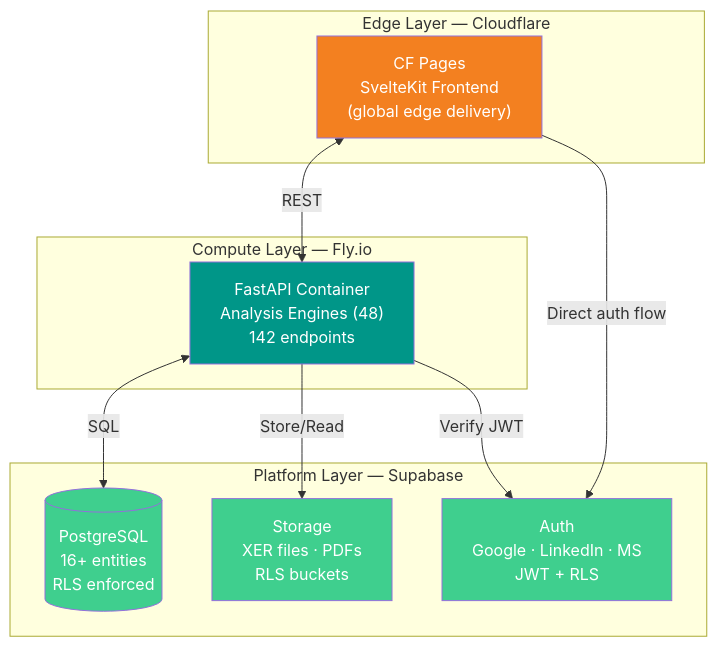
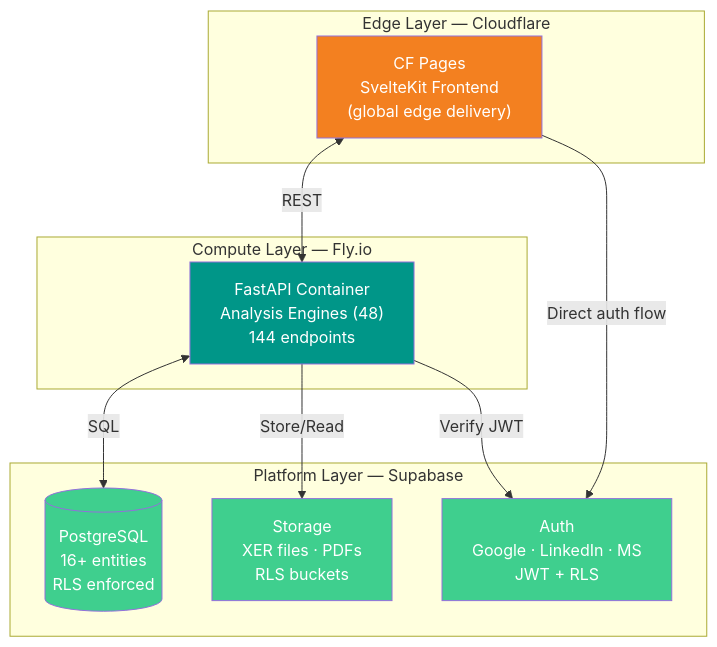
Before and after one commit to VitorMRodovalho/meridianiq: the first of 2 diagrams in README.md, drawn with Mermaid. The commit also changed other lines of this file and 13 other files, not shown here.

````diff
--- a/README.md
+++ b/README.md
@@ -116,28 +116,28 @@
 ```mermaid
 graph TB
     subgraph "Edge Layer — Cloudflare"
         CF_PAGES["CF Pages<br/>SvelteKit Frontend<br/>(global edge delivery)"]
     end
 
     subgraph "Compute Layer — Fly.io"
-        FASTAPI["FastAPI Container<br/>Analysis Engines (48)<br/>142 endpoints"]
+        FASTAPI["FastAPI Container<br/>Analysis Engines (48)<br/>144 endpoints"]
     end
 
     subgraph "Platform Layer — Supabase"
         AUTH["Auth<br/>Google · LinkedIn · MS<br/>JWT + RLS"]
         DB[("PostgreSQL<br/>16+ entities<br/>RLS enforced")]
         STORAGE["Storage<br/>XER files · PDFs<br/>RLS buckets"]
     end
 
     CF_PAGES <-->|"REST"| FASTAPI
     FASTAPI <-->|"SQL"| DB
     FASTAPI -->|"Store/Read"| STORAGE
     FASTAPI -->|"Verify JWT"| AUTH
     CF_PAGES -->|"Direct auth flow"| AUTH
 
     style CF_PAGES fill:#F38020,color:#fff
     style FASTAPI fill:#009688,color:#fff
     style DB fill:#3FCF8E,color:#fff
     style AUTH fill:#3FCF8E,color:#fff
     style STORAGE fill:#3FCF8E,color:#fff
 ```
````
